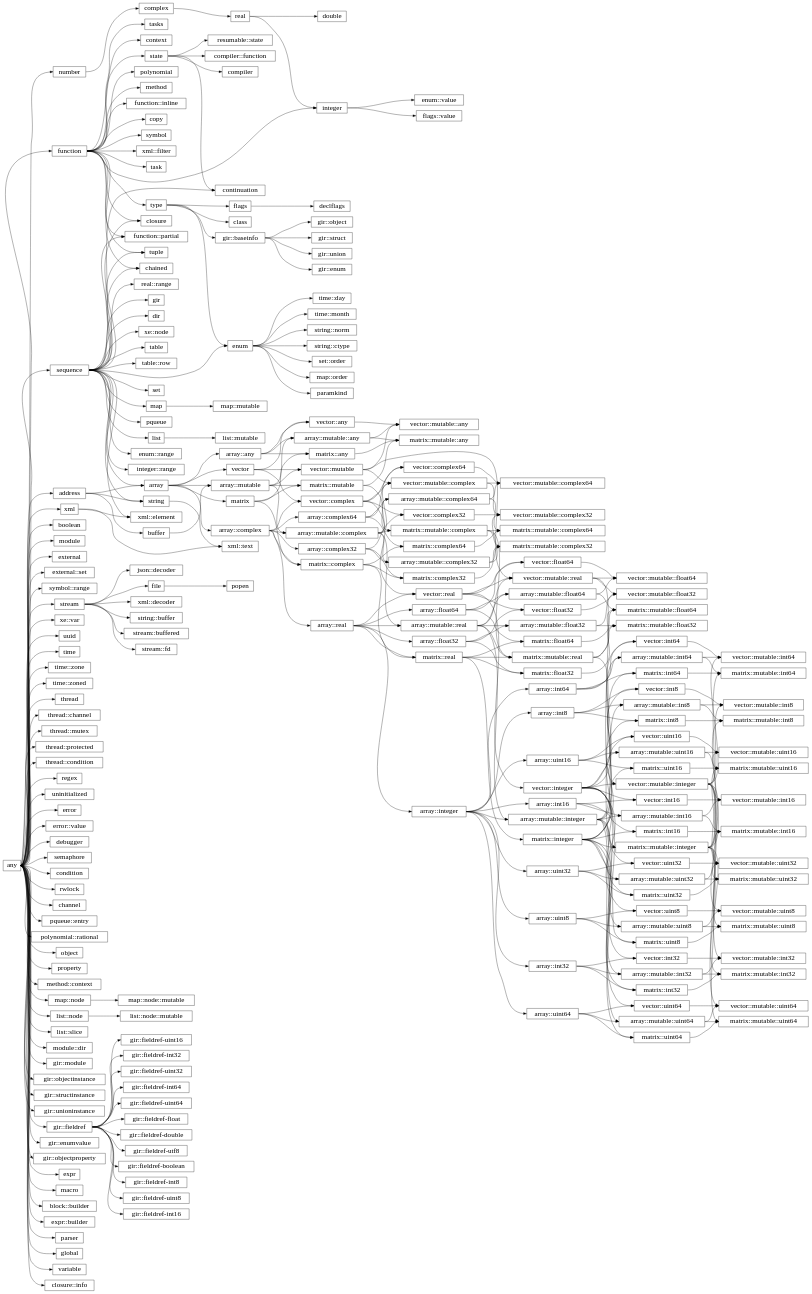
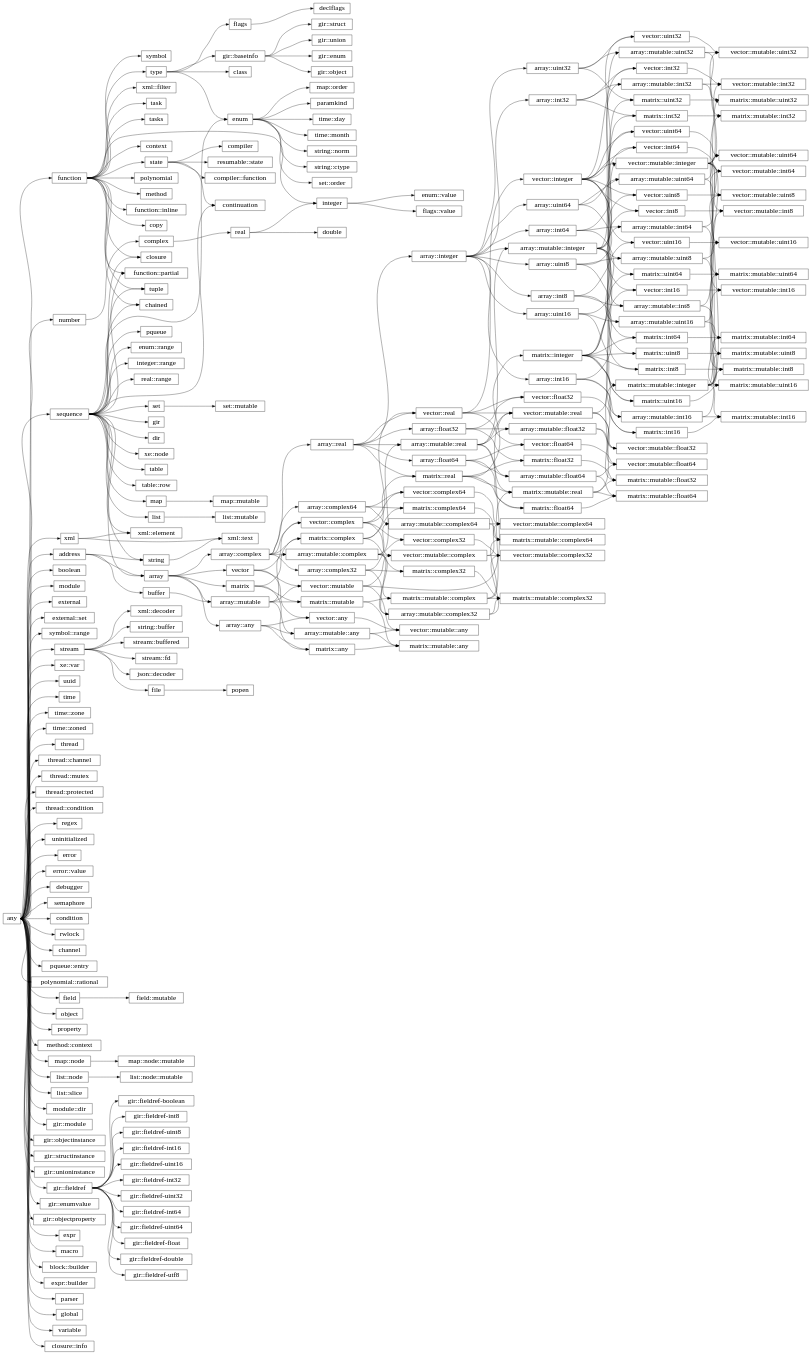
The diagram in docs/library/hierarchy.rst (wrapl/minilang), drawn with Graphviz before and after one commit. The commit also changed 15 other files, not shown here.

```diff
--- a/docs/library/hierarchy.rst
+++ b/docs/library/hierarchy.rst
@@ -62,6 +62,7 @@
       "stream":e -> "stream::buffered":w;
       "stream":e -> "stream::fd":w;
       "sequence":e -> "set":w;
+      "set":e -> "set::mutable":w;
       "enum":e -> "set::order":w;
       "function":e -> "chained":w;
       "sequence":e -> "chained":w;
@@ -80,6 +81,8 @@
       "sequence":e -> "pqueue":w;
       "function":e -> "polynomial":w;
       "any":e -> "polynomial::rational":w;
+      "any":e -> "field":w;
+      "field":e -> "field::mutable":w;
       "any":e -> "object":w;
       "type":e -> "class":w;
       "any":e -> "property":w;
```
